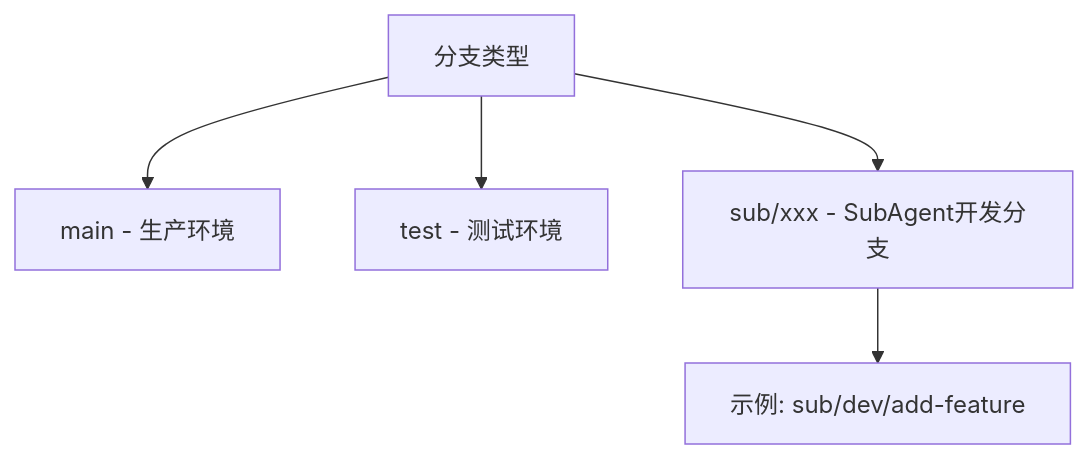
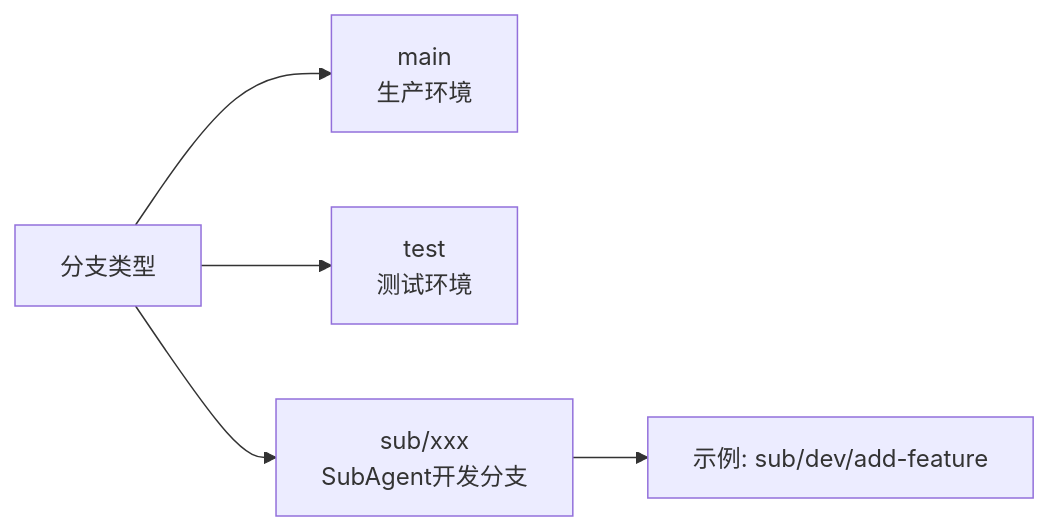
Before and after one commit to serenamustrich/dev-standard: the third of 3 diagrams in README.md, drawn with Mermaid. The commit also changed other lines of this file and 1 other file, not shown here.

Commit message:
chore: 修正Mermaid流程图从左到右(LR)
- 将graph TD改为flowchart LR
- 所有流程图现在从左到右显示

````diff
--- a/README.md
+++ b/README.md
@@ -93,7 +93,7 @@
 ```mermaid
-graph TD
-    A[分支类型] --> B[main - 生产环境]
-    A --> C[test - 测试环境]
-    A --> D[sub/xxx - SubAgent开发分支]
+flowchart LR
+    A[分支类型] --> B[main<br>生产环境]
+    A --> C[test<br>测试环境]
+    A --> D[sub/xxx<br>SubAgent开发分支]
     D --> E[示例: sub/dev/add-feature]
 ```
````
